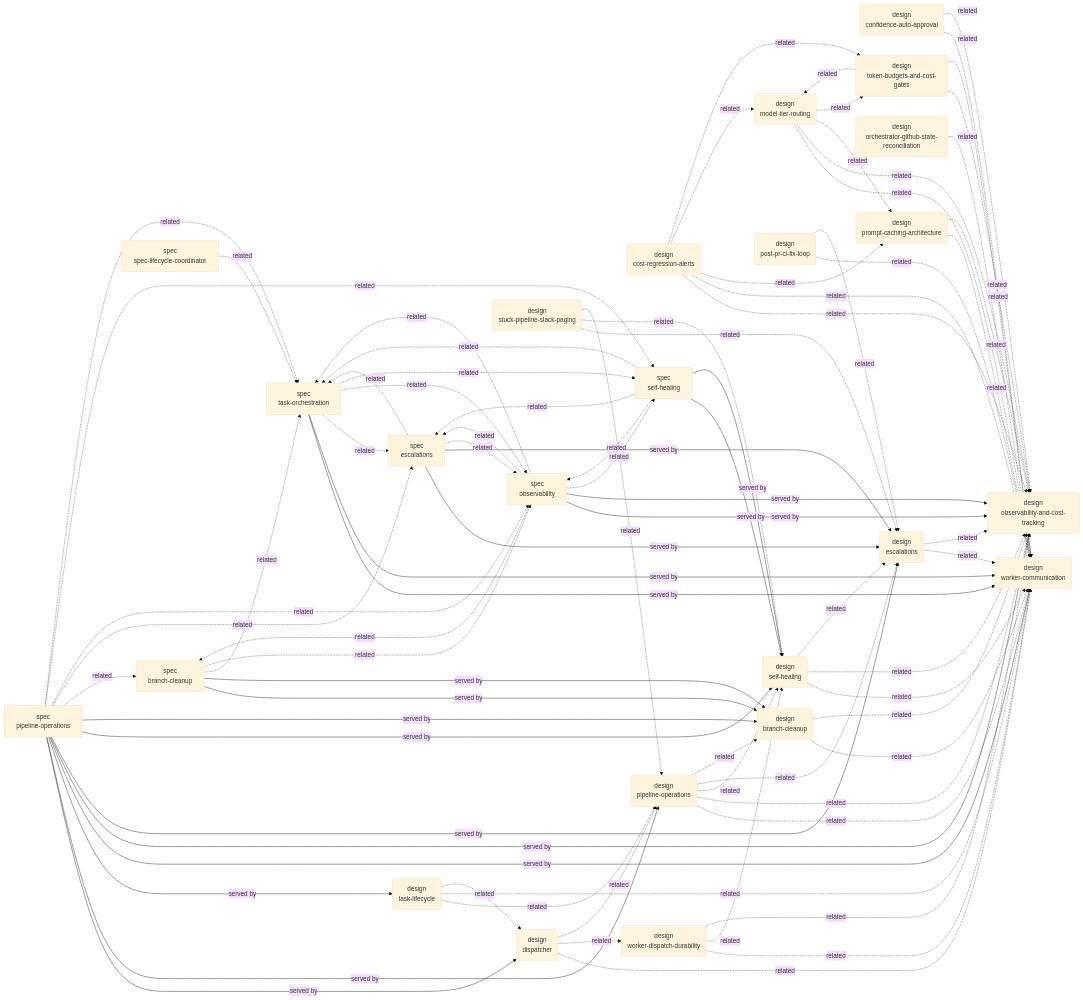
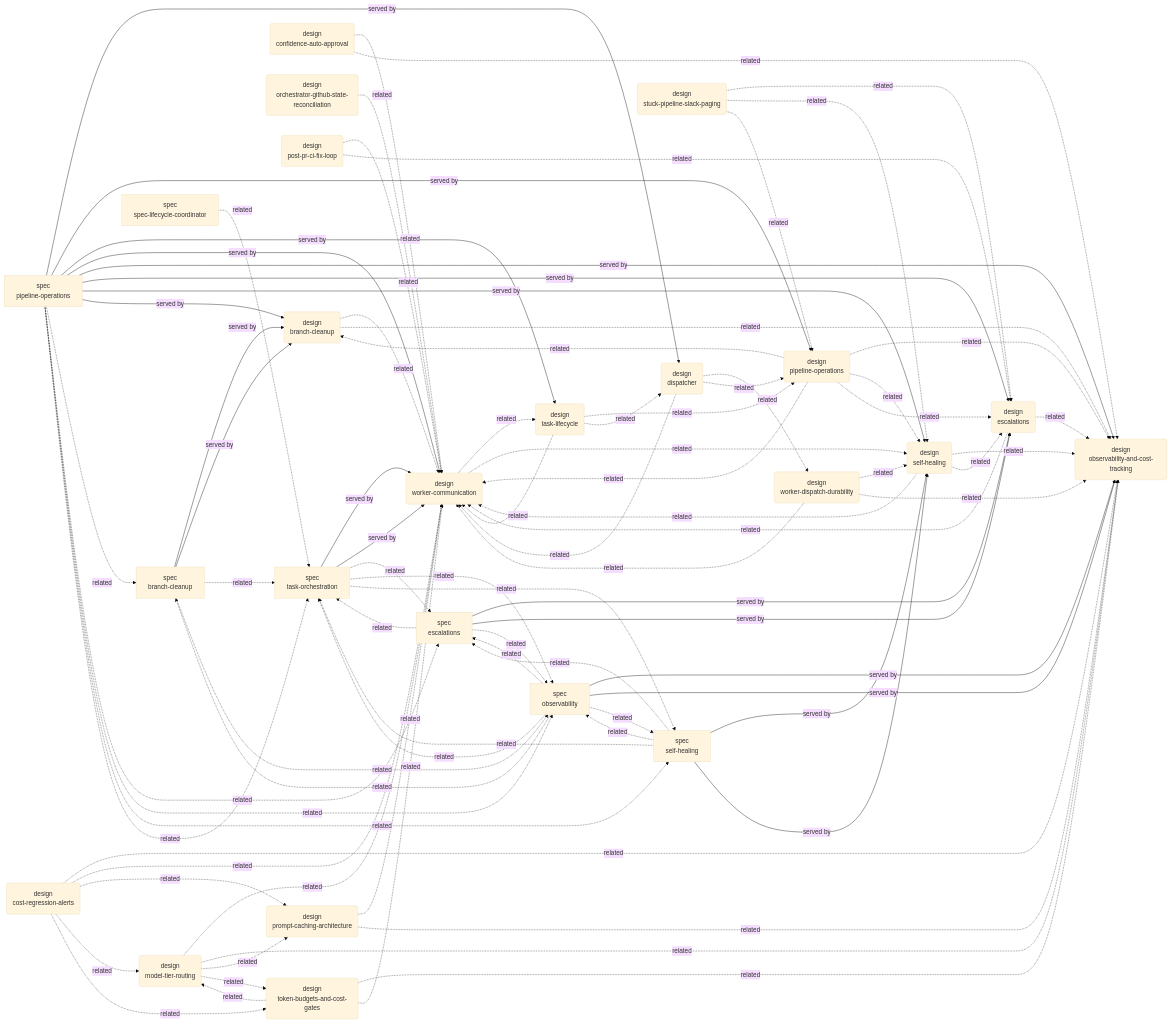
The first of 6 diagrams in system/GRAPH.md (coder-devx/coder-system), drawn with Mermaid (base theme) before and after one commit. The commit also changed other lines of this file and 32 other files, not shown here.

```diff
--- a/system/GRAPH.md
+++ b/system/GRAPH.md
@@ -80,6 +80,8 @@
   n014 -.->|related| n015
   n014 -.->|related| n005
   n023 -->|served by| n015
+  n015 -.->|related| n013
+  n015 -.->|related| n011
   n016 -.->|related| n015
   n016 -.->|related| n011
   n016 -.->|related| n006
```
